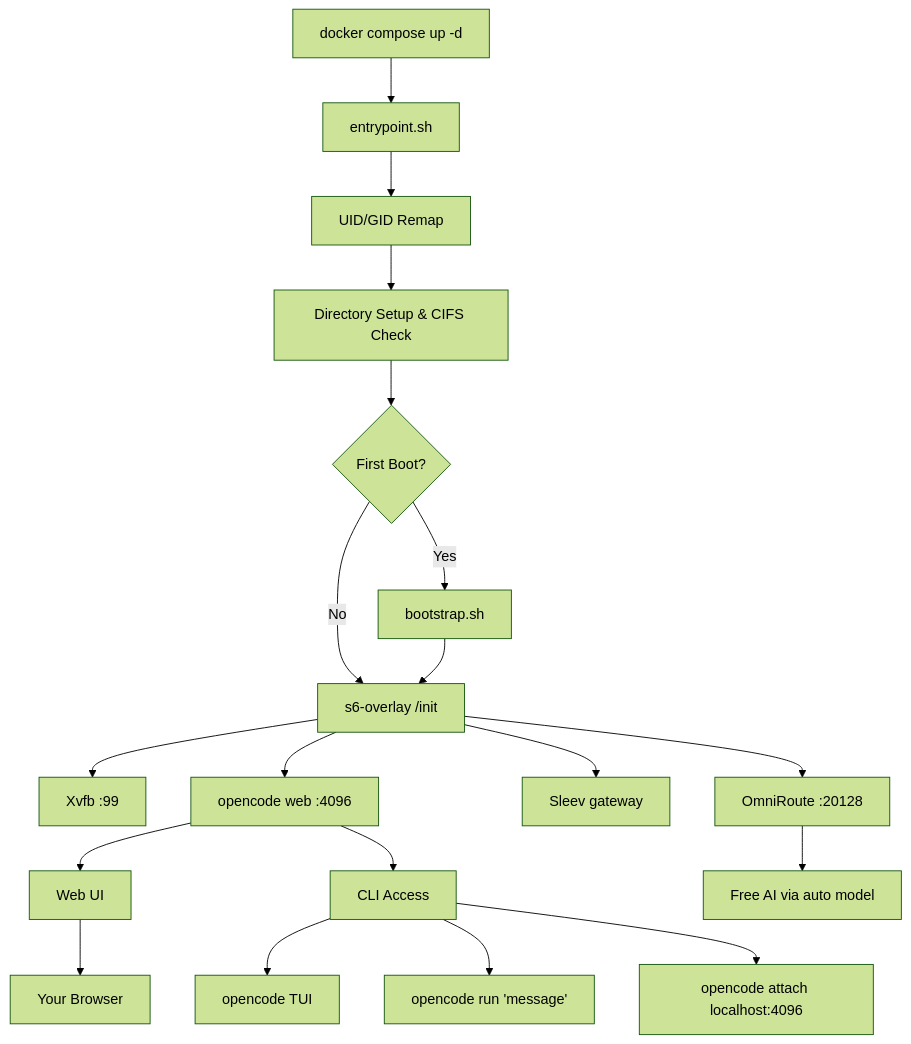
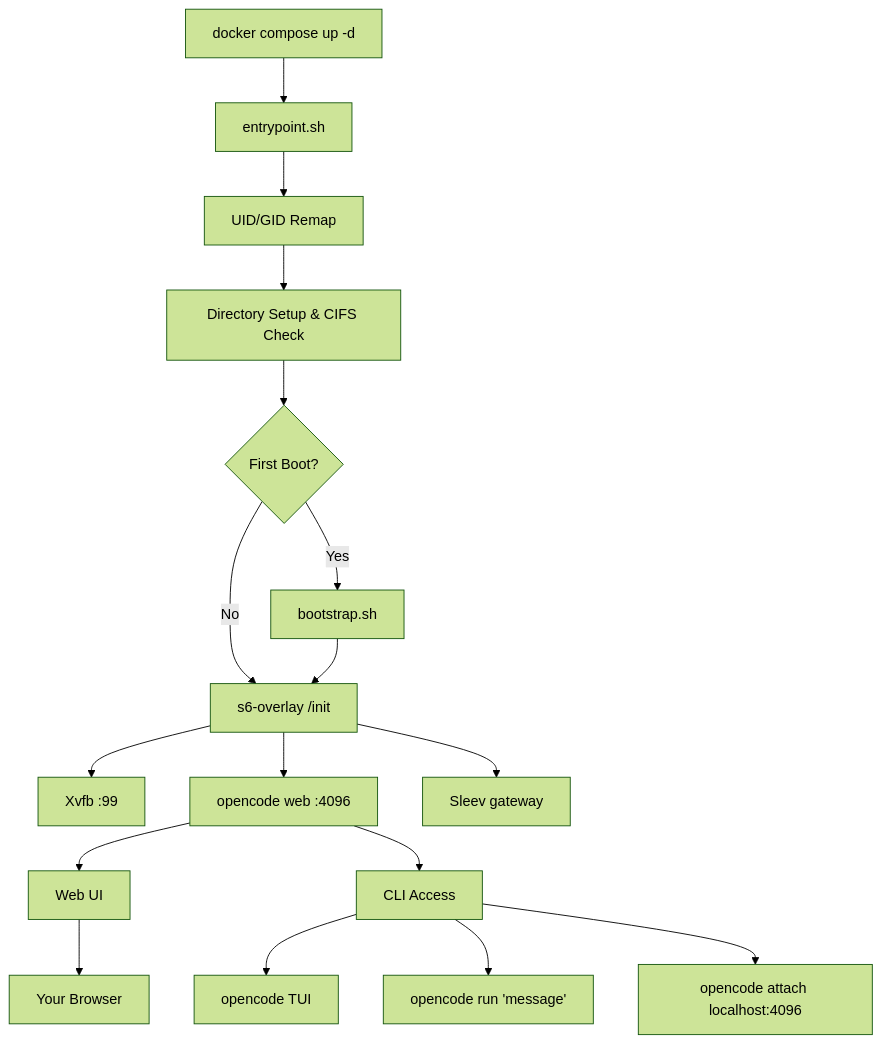
One commit to xiaden/SkyScow changed the diagram in README.md. Above: the diagram before and after it, drawn with Mermaid (forest theme). The commit also changed other lines of this file and 6 other files, not shown here.

````diff
--- a/README.md
+++ b/README.md
@@ -464,21 +457,19 @@
 ```mermaid
 graph TD
     A[docker compose up -d] --> B[entrypoint.sh]
     B --> C[UID/GID Remap]
     C --> D[Directory Setup & CIFS Check]
     D --> E{First Boot?}
     E -->|Yes| F[bootstrap.sh]
     E -->|No| G[s6-overlay /init]
     F --> G
     G --> H[Xvfb :99]
     G --> I[opencode web :4096]
     G --> J[Sleev gateway]
-    G --> K[OmniRoute :20128]
     I --> L[Web UI]
     L --> M[Your Browser]
     I --> N[CLI Access]
     N --> O[opencode TUI]
     N --> P[opencode run 'message']
     N --> Q[opencode attach localhost:4096]
-    K --> R[Free AI via auto model]
 ```
````
